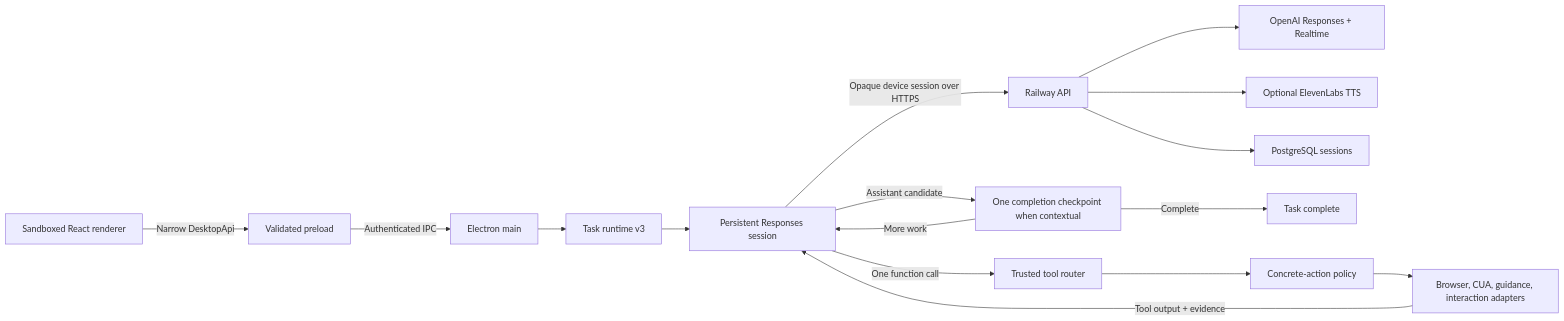
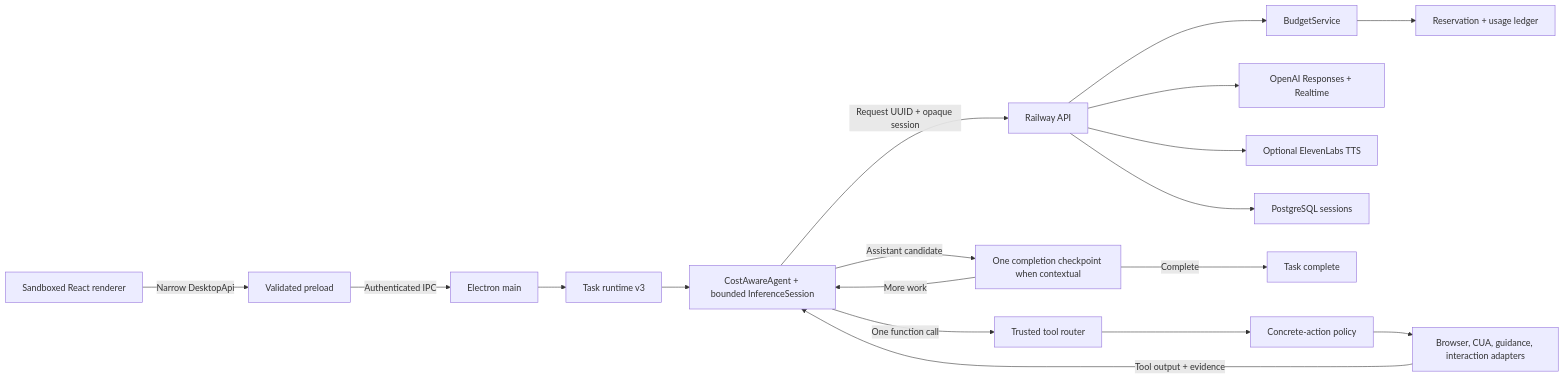
One commit to ducnguyen67201/TroCode changed the diagram in docs/architecture.md. Above: the diagram before and after it, drawn with Mermaid. The commit also changed other lines of this file and 66 other files, not shown here.

Commit message:
Add cost-aware inference architecture

````diff
--- a/docs/architecture.md
+++ b/docs/architecture.md
@@ -10,18 +10,20 @@
 ```mermaid
 flowchart LR
     UI["Sandboxed React renderer"] -->|"Narrow DesktopApi"| PRELOAD["Validated preload"]
     PRELOAD -->|"Authenticated IPC"| MAIN["Electron main"]
     MAIN --> RUNTIME["Task runtime v3"]
-    RUNTIME --> AGENT["Persistent Responses session"]
-    AGENT -->|"Opaque device session over HTTPS"| API["Railway API"]
+    RUNTIME --> AGENT["CostAwareAgent + bounded InferenceSession"]
+    AGENT -->|"Request UUID + opaque session"| API["Railway API"]
+    API --> BUDGET["BudgetService"]
+    BUDGET --> USAGE["Reservation + usage ledger"]
     API --> OPENAI["OpenAI Responses + Realtime"]
     API --> ELEVEN["Optional ElevenLabs TTS"]
     API --> SESSIONS["PostgreSQL sessions"]
     AGENT -->|"Assistant candidate"| REVIEW["One completion checkpoint when contextual"]
     REVIEW -->|"Complete"| DONE["Task complete"]
     REVIEW -->|"More work"| AGENT
     AGENT -->|"One function call"| ROUTER["Trusted tool router"]
     ROUTER --> POLICY["Concrete-action policy"]
     POLICY --> ADAPTERS["Browser, CUA, guidance, interaction adapters"]
     ADAPTERS -->|"Tool output + evidence"| AGENT
 ```
````
